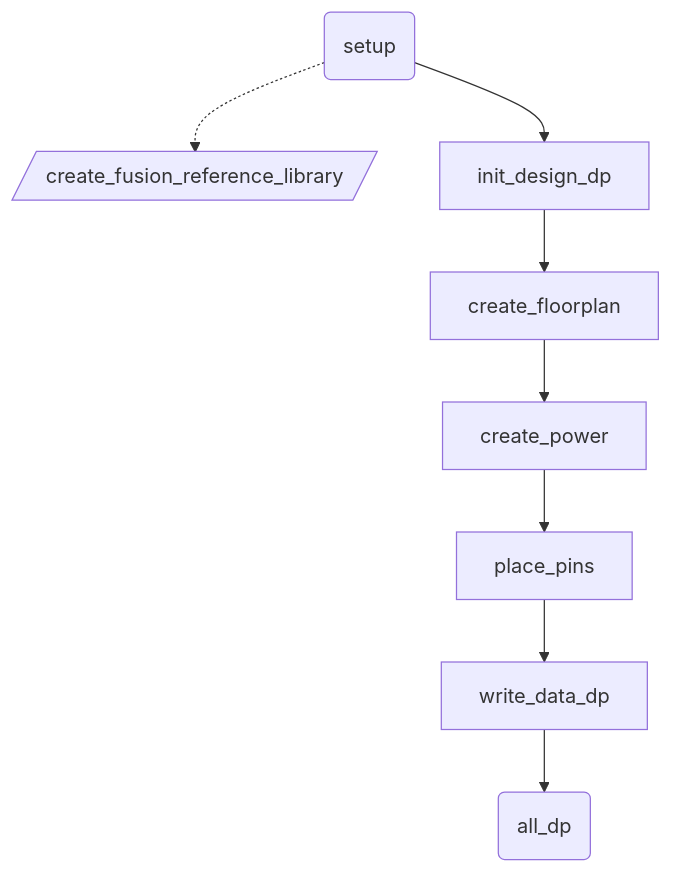
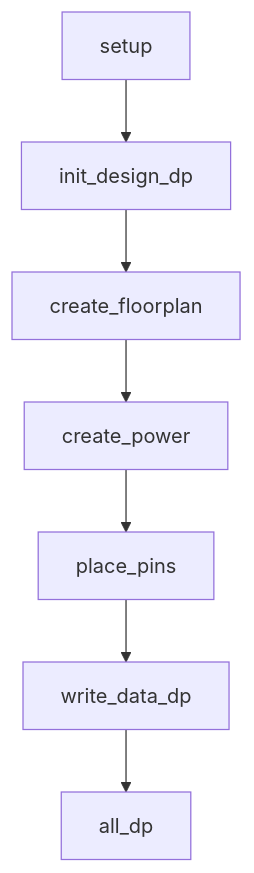
The fourth of 6 diagrams in ICC2DP.md (plusisland/ICC2), drawn with Mermaid before and after one commit. The commit also changed other lines of this file, not shown here.

````diff
--- a/ICC2DP.md
+++ b/ICC2DP.md
@@ -233,14 +224,9 @@
 ```mermaid
 flowchart TD
-    setup["setup"] -.-> create_fusion_reference_library["create_fusion_reference_library"]
-    setup --> init_design_dp["init_design_dp"]
+    setup["setup"] --> init_design_dp["init_design_dp"]
     init_design_dp --> create_floorplan["create_floorplan"]
     create_floorplan --> create_power["create_power"]
     create_power --> place_pins["place_pins"]
     place_pins --> write_data_dp["write_data_dp"]
     write_data_dp --> all_dp["all_dp"]
-
-    setup@{ shape: rounded}
-    create_fusion_reference_library@{ shape: lean-r}
-    all_dp@{ shape: rounded}
 ```
````
